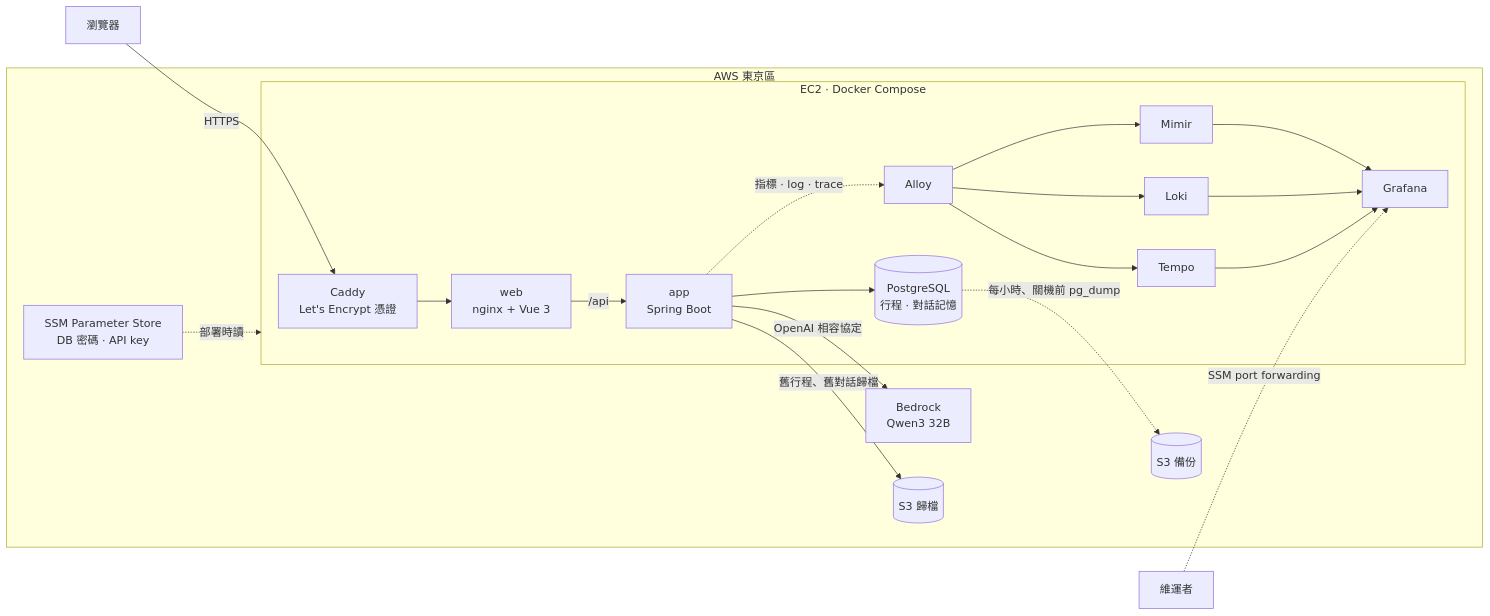
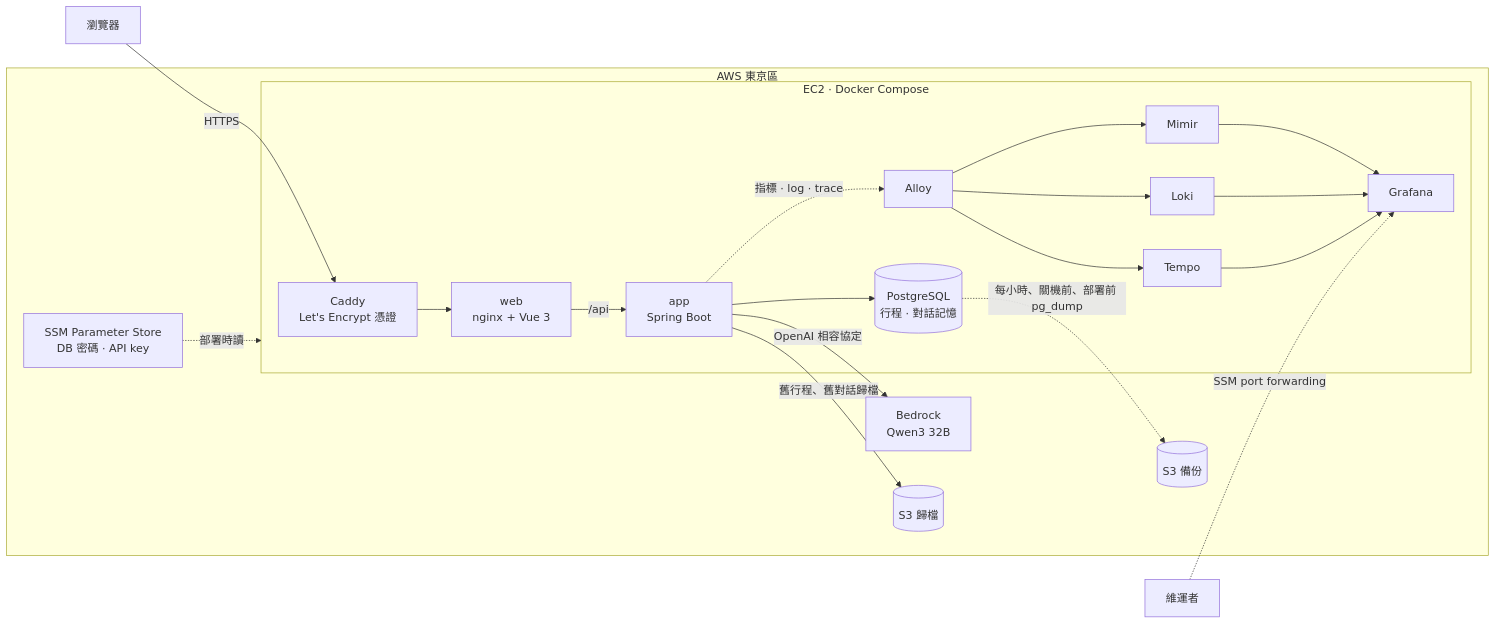
The second of 7 diagrams in docs/architecture.md (Anderson-chen/talkcal), drawn with Mermaid before and after one commit. The commit also changed 1 other file, not shown here.

Commit message:
docs: 雲端圖補上部署前備份，README 補上 pre-push 會先掃祕密
審查找到的兩處漏寫。

````diff
--- a/docs/architecture.md
+++ b/docs/architecture.md
@@ -40,19 +40,19 @@
 ```mermaid
 flowchart LR
     browser[瀏覽器] -- HTTPS --> caddy
     subgraph aws[AWS 東京區]
         subgraph ec2[EC2 · Docker Compose]
             caddy[Caddy<br/>Let's Encrypt 憑證] --> web[web<br/>nginx + Vue 3]
             web -- /api --> app[app<br/>Spring Boot]
             app --> pg[(PostgreSQL<br/>行程 · 對話記憶)]
             app -. 指標 · log · trace .-> alloy[Alloy]
             alloy --> mimir[Mimir] & loki[Loki] & tempo[Tempo]
             mimir & loki & tempo --> grafana[Grafana]
         end
         app -- OpenAI 相容協定 --> bedrock[Bedrock<br/>Qwen3 32B]
         app -- 舊行程、舊對話歸檔 --> archive[(S3 歸檔)]
-        pg -. 每小時、關機前 pg_dump .-> backups[(S3 備份)]
+        pg -. 每小時、關機前、部署前 pg_dump .-> backups[(S3 備份)]
         ssm[SSM Parameter Store<br/>DB 密碼 · API key] -. 部署時讀 .-> ec2
     end
     operator[維運者] -. SSM port forwarding .-> grafana
 ```
````
